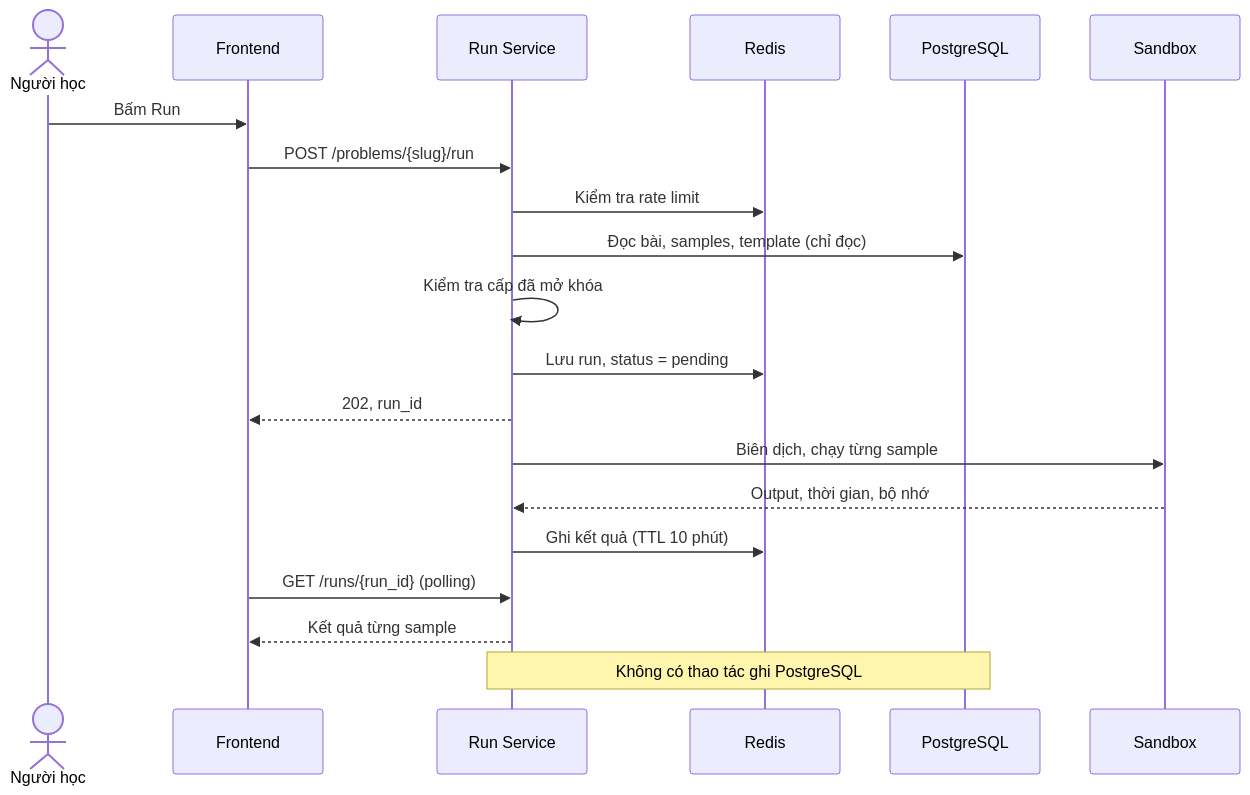
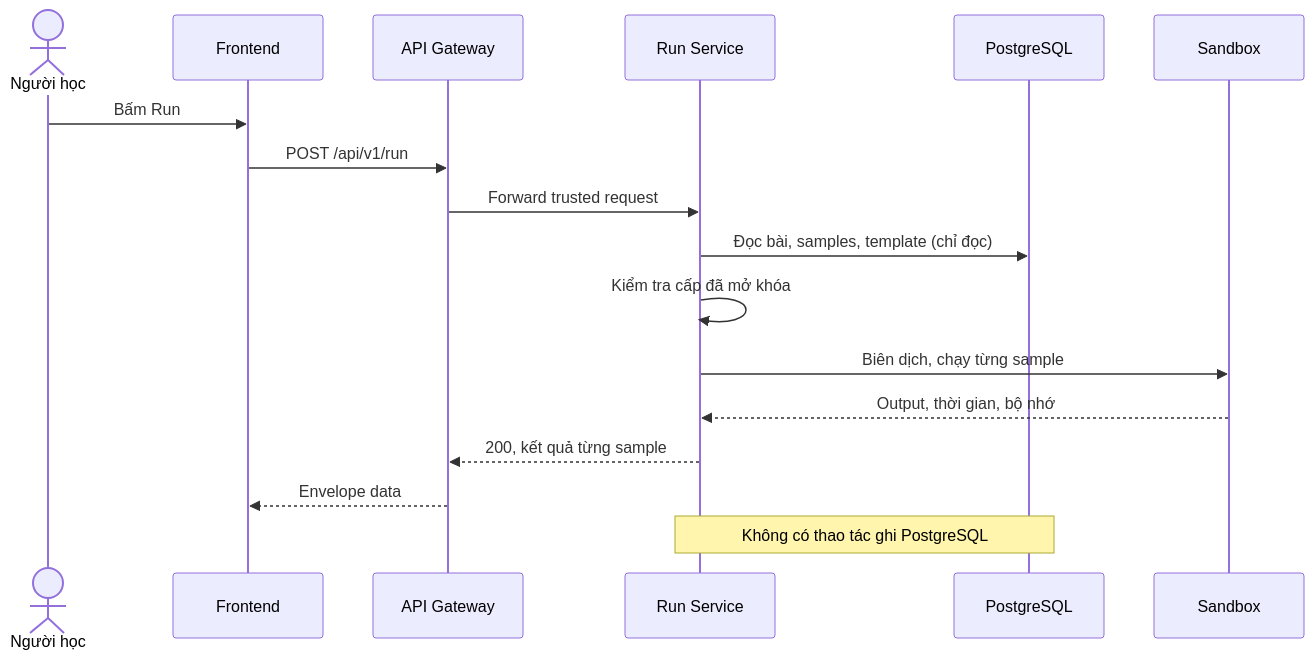
Before and after one commit to code-automatic/srs: the fourth of 7 diagrams in 01_SRS_Coding_Judge_Platform.md, drawn with Mermaid. The commit also changed other lines of this file and 3 other files, not shown here.

````diff
--- a/01_SRS_Coding_Judge_Platform.md
+++ b/01_SRS_Coding_Judge_Platform.md
@@ -1029,22 +680,19 @@
 ```mermaid
 sequenceDiagram
     actor U as Người học
     participant FE as Frontend
+    participant GW as API Gateway
     participant RS as Run Service
-    participant RD as Redis
     participant DB as PostgreSQL
     participant SB as Sandbox
     U->>FE: Bấm Run
-    FE->>RS: POST /problems/{slug}/run
-    RS->>RD: Kiểm tra rate limit
+    FE->>GW: POST /api/v1/run
+    GW->>RS: Forward trusted request
     RS->>DB: Đọc bài, samples, template (chỉ đọc)
     RS->>RS: Kiểm tra cấp đã mở khóa
-    RS->>RD: Lưu run, status = pending
-    RS-->>FE: 202, run_id
     RS->>SB: Biên dịch, chạy từng sample
     SB-->>RS: Output, thời gian, bộ nhớ
-    RS->>RD: Ghi kết quả (TTL 10 phút)
-    FE->>RS: GET /runs/{run_id} (polling)
-    RS-->>FE: Kết quả từng sample
+    RS-->>GW: 200, kết quả từng sample
+    GW-->>FE: Envelope data
     Note over RS,DB: Không có thao tác ghi PostgreSQL
 ```
````
